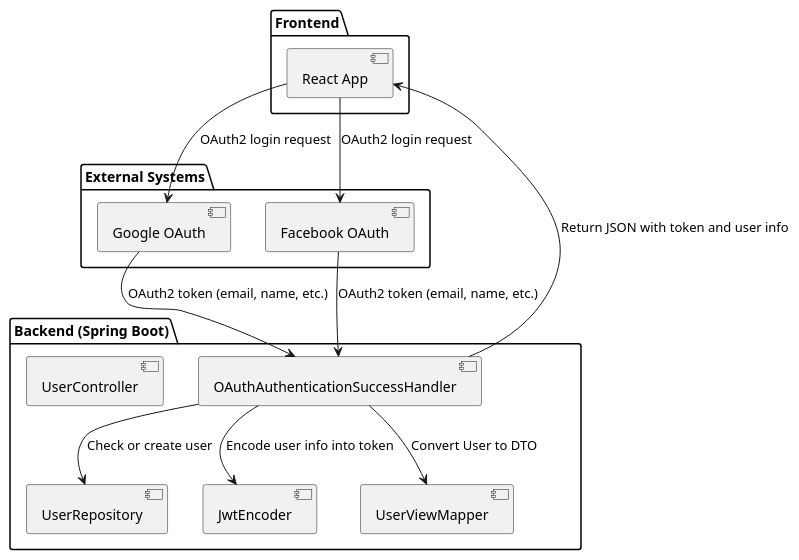
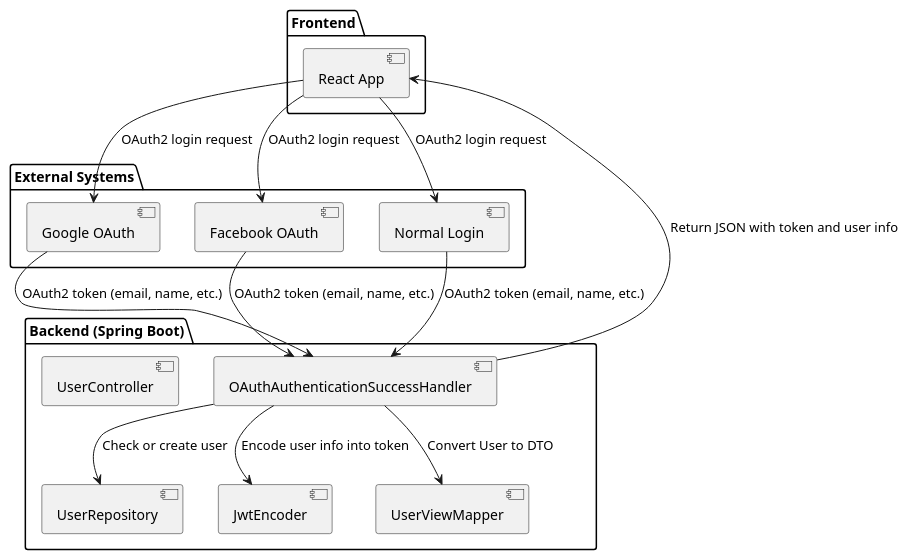
Before and after one commit to MaximeSchuybroeck/ARQSOFT_August: the diagram in Docs/Architecture_files/Phase_1/diagrams/OAuthLoginFlow/ComponentDiagram.puml, drawn with PlantUML. The commit also changed 39 other files, not shown here.

Commit message:
Software Architecture update for Phase #2. Wrote first version of ADD, and added some UML diagrams

```diff
--- a/Docs/Architecture_files/Phase_1/diagrams/OAuthLoginFlow/ComponentDiagram.puml
+++ b/Docs/Architecture_files/Phase_1/diagrams/OAuthLoginFlow/ComponentDiagram.puml
@@ -1,29 +1,32 @@
 @startuml
 package "Frontend" {
   [React App] as FE
 }
 
 package "Backend (Spring Boot)" {
   [OAuthAuthenticationSuccessHandler] as Handler
   [UserRepository] as Repo
   [JwtEncoder] as JWT
   [UserViewMapper] as Mapper
   [UserController]
 }
 
 package "External Systems" {
   [Google OAuth] as Google
   [Facebook OAuth] as Facebook
+  [Normal Login] as NormalLogin
 }
 
 FE --> Google : OAuth2 login request
 FE --> Facebook : OAuth2 login request
+FE --> NormalLogin : OAuth2 login request
 
 Google --> Handler : OAuth2 token (email, name, etc.)
 Facebook --> Handler : OAuth2 token (email, name, etc.)
+NormalLogin --> Handler : OAuth2 token (email, name, etc.)
 
 Handler --> Repo : Check or create user
 Handler --> JWT : Encode user info into token
 Handler --> Mapper : Convert User to DTO
 Handler --> FE : Return JSON with token and user info
 @enduml
```
